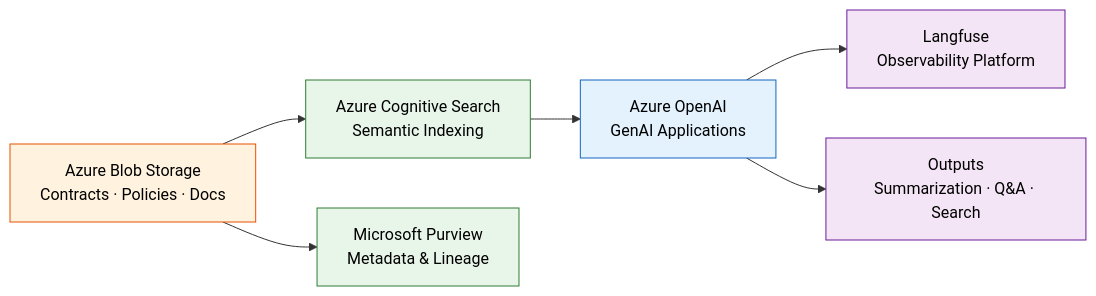
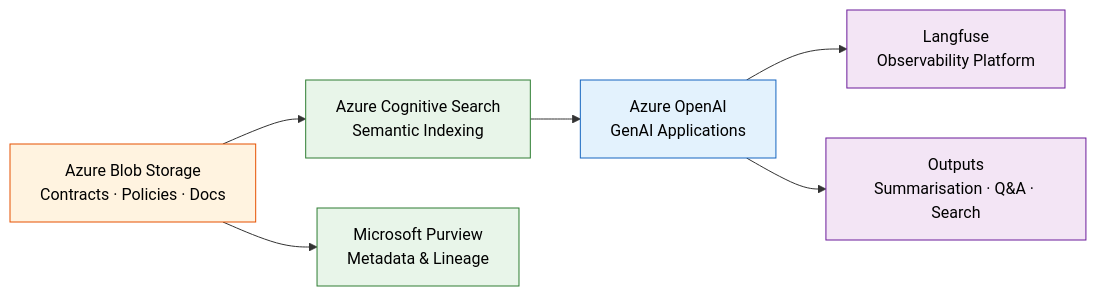
Before and after one commit to sfrancis2017/sajivfrancis.github.io: the fourth of 5 diagrams in src/content/blog/2026-06-07-ai-driven-leadership.mdx, drawn with Mermaid. The commit also changed other lines of this file, not shown here.

````diff
--- a/src/content/blog/2026-06-07-ai-driven-leadership.mdx
+++ b/src/content/blog/2026-06-07-ai-driven-leadership.mdx
@@ -155,26 +155,26 @@
 ```mermaid
 flowchart LR
   classDef source fill:#fff3e0,stroke:#e65100,color:#000
   classDef integration fill:#e8f5e9,stroke:#2e7d32,color:#000
   classDef target fill:#e3f2fd,stroke:#1565c0,color:#000
   classDef reporting fill:#f3e5f5,stroke:#6a1b9a,color:#000
 
   BLOB["Azure Blob Storage<br/>Contracts · Policies · Docs"]
   COG["Azure Cognitive Search<br/>Semantic Indexing"]
   PUR["Microsoft Purview<br/>Metadata & Lineage"]
   OAI["Azure OpenAI<br/>GenAI Applications"]
   LF["Langfuse<br/>Observability Platform"]
-  OUT2["Outputs<br/>Summarization · Q&A · Search"]
+  OUT2["Outputs<br/>Summarisation · Q&A · Search"]
 
   BLOB --> COG --> OAI
   BLOB --> PUR
   OAI --> LF
   OAI --> OUT2
 
   class BLOB source
   class COG integration
   class PUR integration
   class OAI target
   class LF reporting
   class OUT2 reporting
 ```
````
